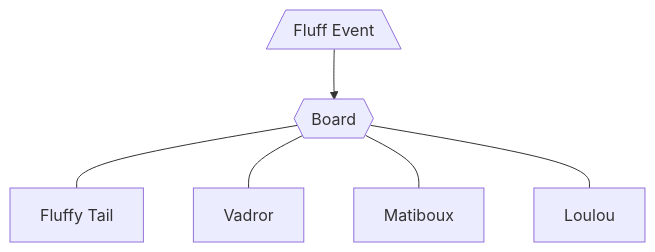
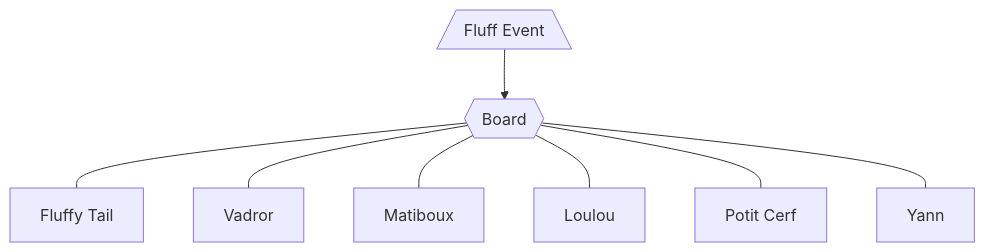
Before and after one commit to matiboux/FluffEvent-association-documents: the diagram in Board.md, drawn with Mermaid. The commit also changed other lines of this file, not shown here.

Commit message:
Update Board as of 2024

````diff
--- a/Board.md
+++ b/Board.md
@@ -7,10 +9,12 @@
 ```mermaid
 graph TB
   FE[/Fluff Event\]
   FE --> Board{{Board}}
 
   Board --- Fluffy[Fluffy Tail]
   Board --- Vadror[Vadror]
   Board --- Matiboux[Matiboux]
   Board --- Loulou[Loulou]
+  Board --- Potit[Potit Cerf]
+  Board --- Yann[Yann]
 ```
````
